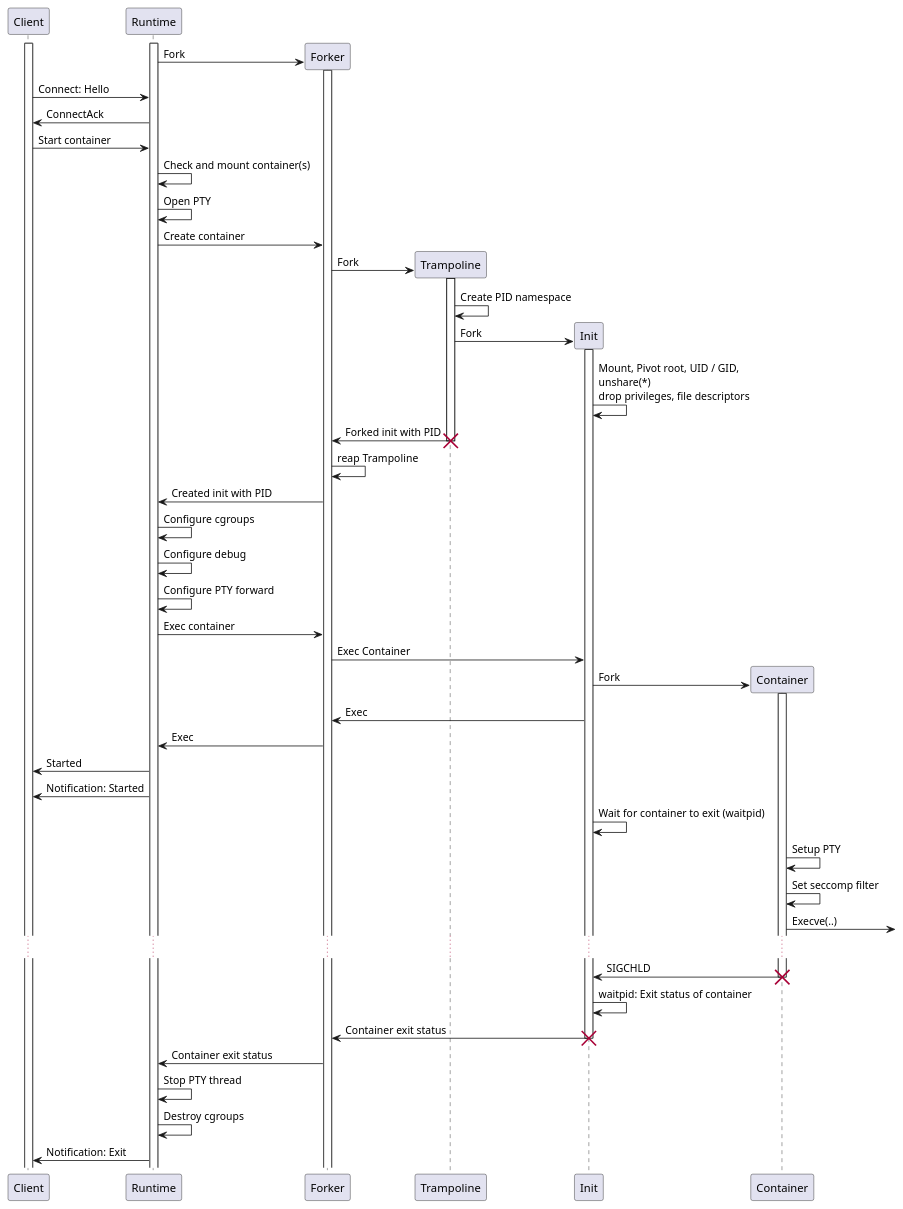
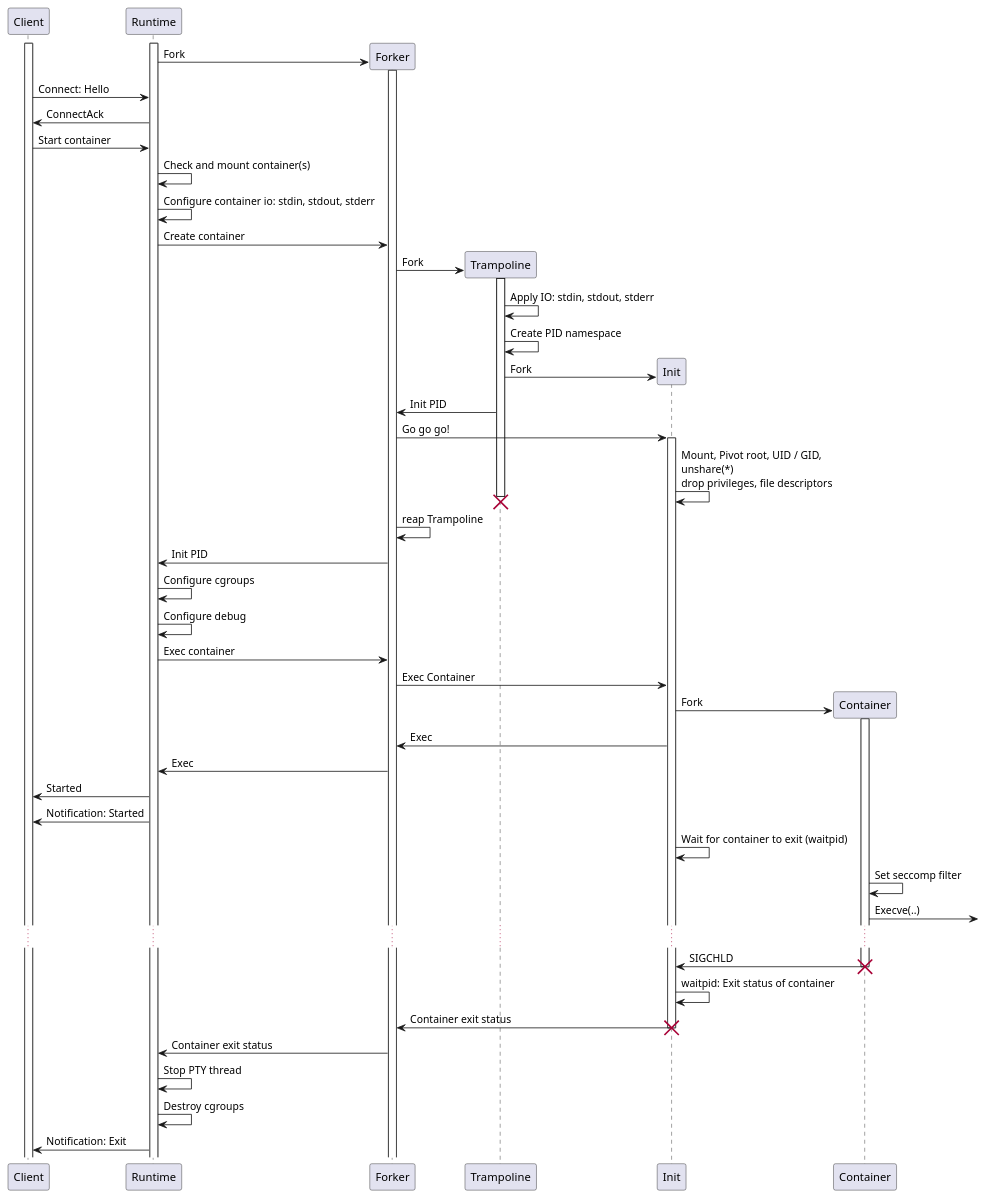
The diagram in doc/container-startup.puml (esrlabs/northstar), drawn with PlantUML before and after one commit. The commit also changed 16 other files, not shown here.

```diff
--- a/doc/container-startup.puml
+++ b/doc/container-startup.puml
@@ -1,69 +1,70 @@
 @startuml container-startup
 
 create Client
 activate Client
 
 create Runtime
 activate Runtime
 
 create Forker
 Runtime -> Forker: Fork
 activate Forker
 
 Client -> Runtime: Connect: Hello
 Client <- Runtime: ConnectAck
 Client -> Runtime: Start container
 Runtime -> Runtime: Check and mount container(s)
-Runtime -> Runtime: Open PTY
+Runtime -> Runtime: Configure container io: stdin, stdout, stderr
 
 Runtime -> Forker: Create container
 
 create Trampoline
 Forker -> Trampoline: Fork
 activate Trampoline
+Trampoline -> Trampoline: Apply IO: stdin, stdout, stderr
 Trampoline -> Trampoline: Create PID namespace
 
 create Init
 Trampoline -> Init: Fork
+
+Trampoline -> Forker: Init PID
+Forker -> Init: Go go go!
 activate Init
 Init -> Init: Mount, Pivot root, UID / GID,\nunshare(*)\ndrop privileges, file descriptors
 
-Trampoline -> Forker: Forked init with PID
 destroy Trampoline
 
 Forker -> Forker: reap Trampoline
 
-Forker -> Runtime: Created init with PID
+Forker -> Runtime: Init PID
 
 Runtime -> Runtime: Configure cgroups
 Runtime -> Runtime: Configure debug
-Runtime -> Runtime: Configure PTY forward
 
 Runtime -> Forker: Exec container
 Forker -> Init: Exec Container
 create Container
 Init -> Container: Fork
 activate Container
 Forker <- Init: Exec
 Runtime <- Forker: Exec
 Client <- Runtime: Started
 Client <- Runtime: Notification: Started
 
 Init -> Init: Wait for container to exit (waitpid)
-Container -> Container: Setup PTY
 Container -> Container: Set seccomp filter
 Container -> : Execve(..)
 ...
 Container -> Init: SIGCHLD
 destroy Container
 
 Init -> Init: waitpid: Exit status of container
 Init -> Forker: Container exit status
 destroy Init
 
 Forker -> Runtime: Container exit status
 Runtime -> Runtime: Stop PTY thread
 Runtime -> Runtime: Destroy cgroups
 Client <- Runtime: Notification: Exit
 
 @enduml
```
